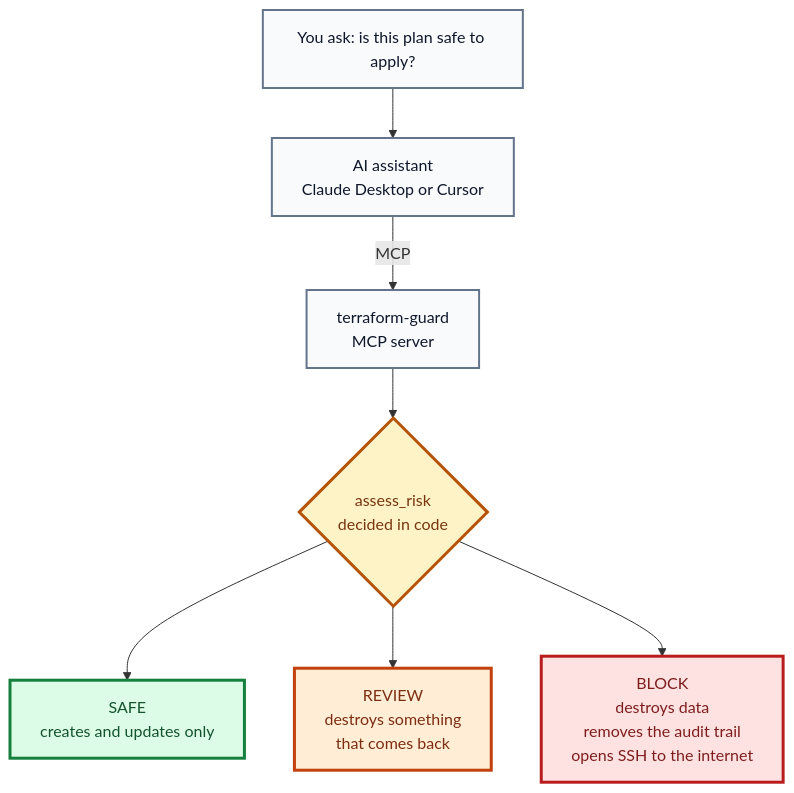
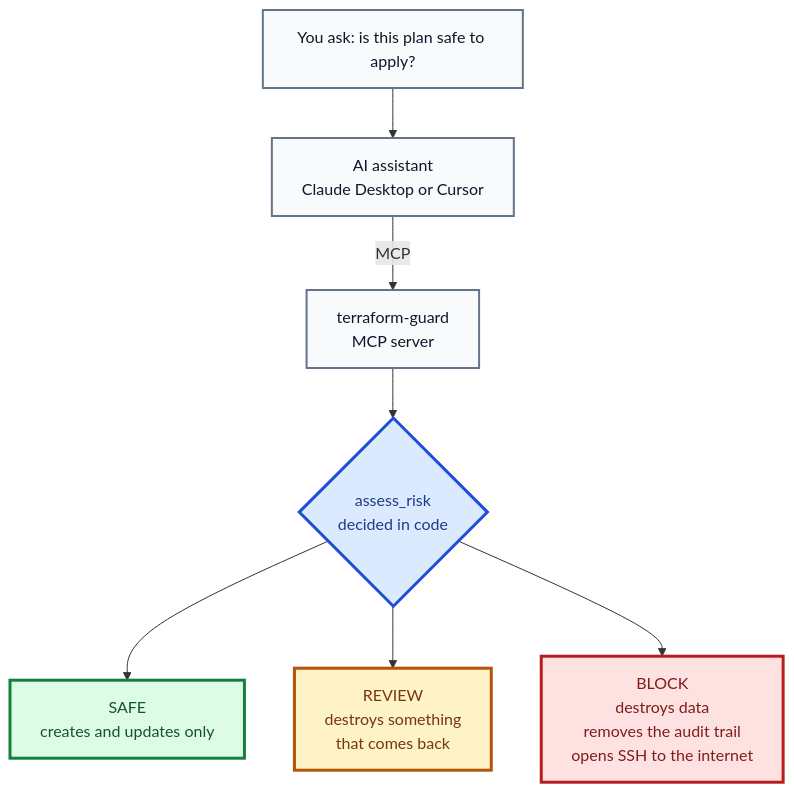
Before and after one commit to sadvi11/terraform-guard-mcp: the diagram in README.md, drawn with Mermaid.

Commit message:
docs: one colour language across every diagram
Colour was doing two different jobs at once - amber meant both "this is
the guard" and "a human should look" - so the picture had no consistent
reading. It is now one scale:

  blue    the component that decides
  green   fine
  amber   a human should look
  red     stop
  slate   everything else, deliberately plain

Every node sets its own fill and its own text colour. GitHub chooses the
Mermaid theme from the reader's settings, so a node that sets a fill but
lets the text colour default is legible in only one of the two themes -
which is what made these hard to read.

````diff
--- a/README.md
+++ b/README.md
@@ -32,29 +32,28 @@
 ```mermaid
 flowchart TD
     U["You ask: is this plan safe to apply?"]
     A["AI assistant<br/>Claude Desktop or Cursor"]
     S["terraform-guard<br/>MCP server"]
     P{"assess_risk<br/>decided in code"}
 
     SAFE["SAFE<br/>creates and updates only"]
     REV["REVIEW<br/>destroys something<br/>that comes back"]
     BLK["BLOCK<br/>destroys data<br/>removes the audit trail<br/>opens SSH to the internet"]
 
     U --> A
     A -->|"MCP"| S
     S --> P
     P --> SAFE
     P --> REV
     P --> BLK
 
     classDef default fill:#f8fafc,stroke:#64748b,stroke-width:2px,color:#0f172a
-    classDef guard fill:#fef3c7,stroke:#b45309,stroke-width:3px,color:#78350f
-    classDef ok fill:#dcfce7,stroke:#15803d,stroke-width:3px,color:#14532d
-    classDef warn fill:#ffedd5,stroke:#c2410c,stroke-width:3px,color:#7c2d12
-    classDef stop fill:#fee2e2,stroke:#b91c1c,stroke-width:3px,color:#7f1d1d
-
-    class P guard
+    classDef decide fill:#dbeafe,stroke:#1d4ed8,stroke-width:3px,color:#1e3a8a
+    classDef ok     fill:#dcfce7,stroke:#15803d,stroke-width:3px,color:#14532d
+    classDef human  fill:#fef3c7,stroke:#b45309,stroke-width:3px,color:#78350f
+    classDef stop   fill:#fee2e2,stroke:#b91c1c,stroke-width:3px,color:#7f1d1d
+    class P decide
     class SAFE ok
-    class REV warn
+    class REV human
     class BLK stop
 ```
````
